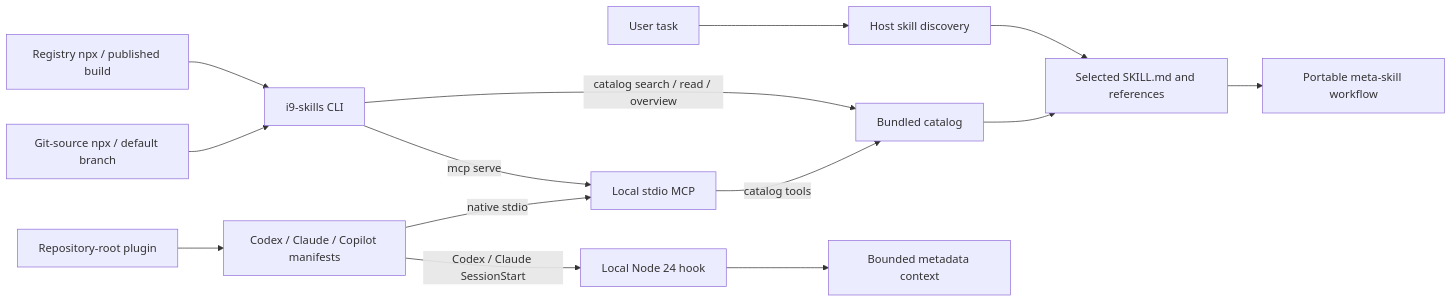
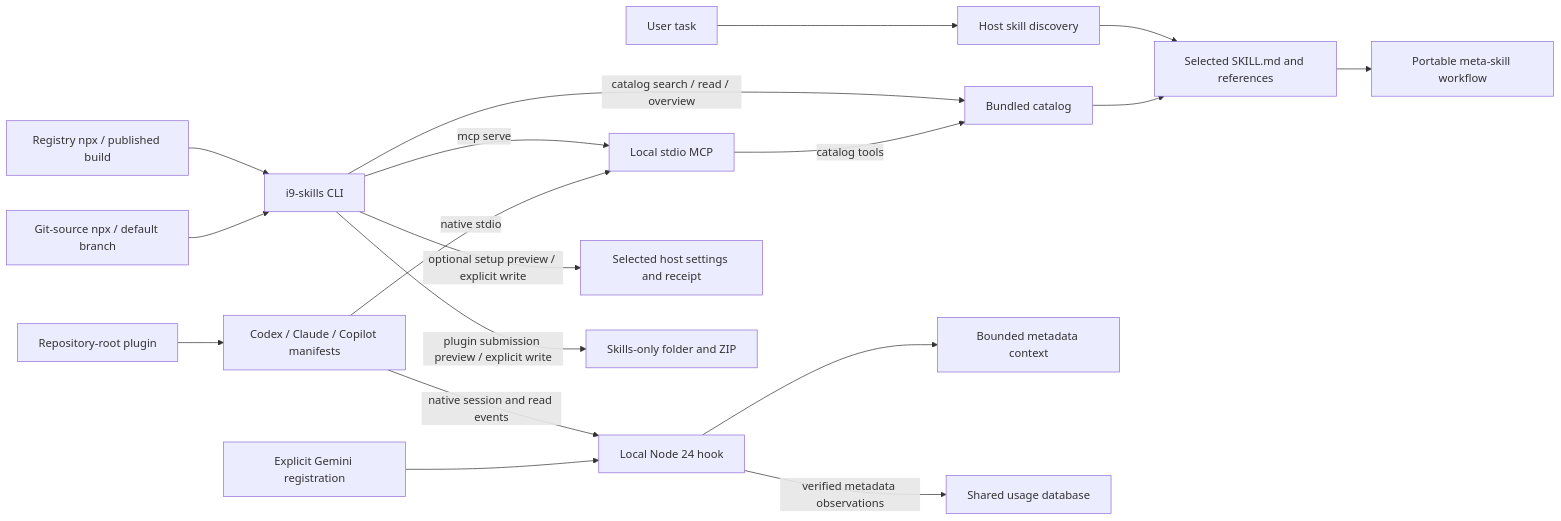
The first of 8 diagrams in docs/Architecture.md (i-9-ai/skills), drawn with Mermaid before and after one commit. The commit also changed other lines of this file and 154 other files, not shown here.

First line of the commit message:
Complete shared skill telemetry, optional setup and public distribution (#73)

````diff
--- a/docs/Architecture.md
+++ b/docs/Architecture.md
@@ -10,16 +10,20 @@
 ```mermaid
 flowchart LR
     Task[User task] --> Native[Host skill discovery]
     Native --> Read[Selected SKILL.md and references]
     Npm[Registry npx / published build] --> CLI[i9-skills CLI]
     Git[Git-source npx / default branch] --> CLI
     CLI -->|catalog search / read / overview| Catalog[Bundled catalog]
     CLI -->|mcp serve| MCP[Local stdio MCP]
     Root[Repository-root plugin] --> Host[Codex / Claude / Copilot manifests]
     Host -->|native stdio| MCP
-    Host -->|Codex / Claude SessionStart| Hook[Local Node 24 hook]
+    Host -->|native session and read events| Hook[Local Node 24 hook]
+    Gemini[Explicit Gemini registration] --> Hook
     Hook --> Context[Bounded metadata context]
+    Hook -->|verified metadata observations| Evidence[Shared usage database]
+    CLI -->|optional setup preview / explicit write| Settings[Selected host settings and receipt]
+    CLI -->|plugin submission preview / explicit write| Submission[Skills-only folder and ZIP]
     MCP -->|catalog tools| Catalog
     Catalog --> Read
     Read --> Work[Portable meta-skill workflow]
 ```
````
